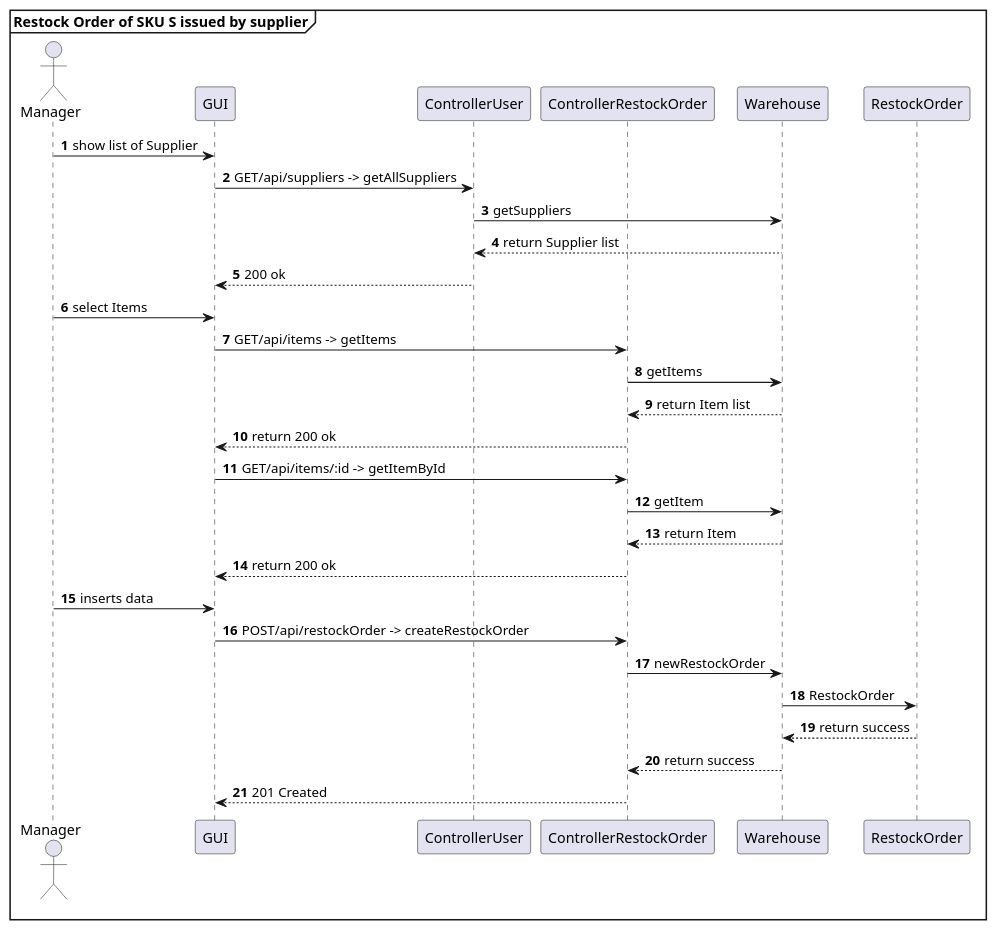
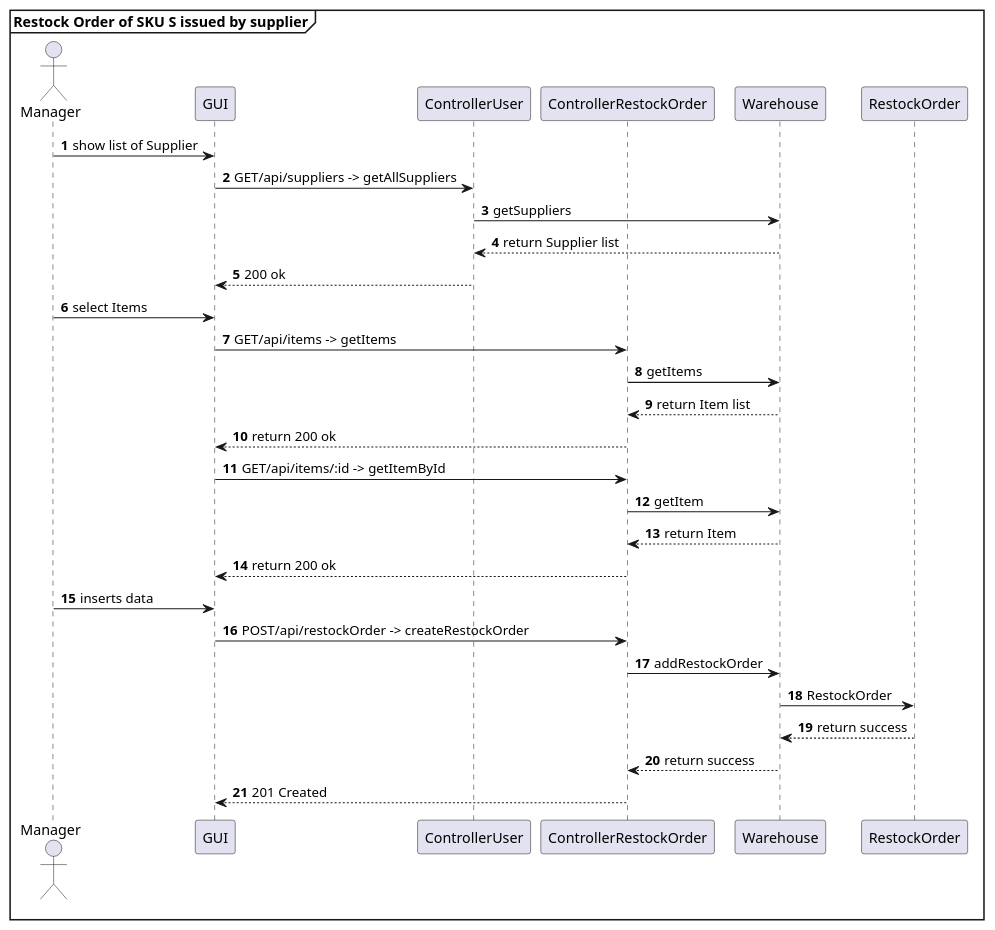
The tenth of 30 diagrams in DesignDocument.md (AlexZampa/EzWh), drawn with PlantUML before and after one commit. The commit also changed other lines of this file, not shown here.

````diff
--- a/DesignDocument.md
+++ b/DesignDocument.md
@@ -764,36 +617,36 @@
 ```plantuml
 mainframe **Restock Order of SKU S issued by supplier**
 actor Manager
 participant GUI
 participant ControllerUser
 participant ControllerRestockOrder
 participant Warehouse
 participant RestockOrder
 
 autonumber
 Manager -> GUI :  show list of Supplier
 GUI -> ControllerUser : GET/api/suppliers -> getAllSuppliers
 ControllerUser -> Warehouse : getSuppliers
 ControllerUser <-- Warehouse : return Supplier list
 GUI <-- ControllerUser : 200 ok
 
 Manager -> GUI : select Items
 GUI -> ControllerRestockOrder : GET/api/items -> getItems
 ControllerRestockOrder -> Warehouse : getItems
 ControllerRestockOrder <-- Warehouse : return Item list
 GUI <-- ControllerRestockOrder : return 200 ok
 GUI -> ControllerRestockOrder : GET/api/items/:id -> getItemById
 ControllerRestockOrder -> Warehouse : getItem
 ControllerRestockOrder <-- Warehouse : return Item
 GUI <-- ControllerRestockOrder : return 200 ok
 
 Manager -> GUI : inserts data
 GUI -> ControllerRestockOrder : POST/api/restockOrder -> createRestockOrder
-ControllerRestockOrder -> Warehouse : newRestockOrder
+ControllerRestockOrder -> Warehouse : addRestockOrder
 Warehouse -> RestockOrder : RestockOrder
 Warehouse <-- RestockOrder : return success
 ControllerRestockOrder <-- Warehouse : return success
 GUI <-- ControllerRestockOrder : 201 Created
 
 @enduml
 ```
````
